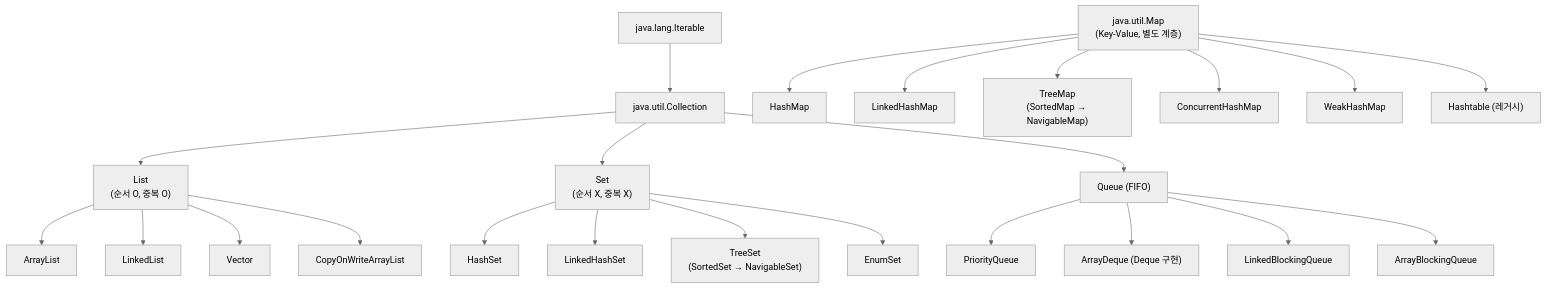
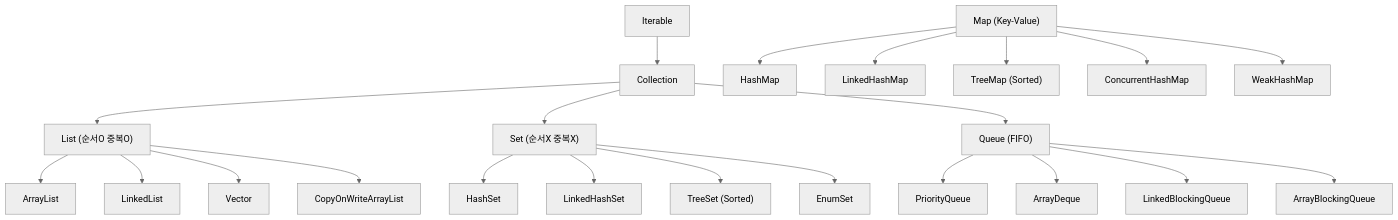
The first of 21 diagrams in _posts/java/2026-05-01-java-collections.md (yjkim2015/yjkim2015.github.io), drawn with Mermaid (neutral theme) before and after one commit. The commit also changed other lines of this file and 215 other files, not shown here.

First line of the commit message:
신규 포스트 10개 추가 + Mermaid 전면 축소 + SystemDesign 시리즈 보강

````diff
--- a/_posts/java/2026-05-01-java-collections.md
+++ b/_posts/java/2026-05-01-java-collections.md
@@ -22,58 +22,11 @@
 ```mermaid
 graph TD
-    Iterable["java.lang.Iterable"]
-    Collection["java.util.Collection"]
-    List["List<br>(순서 O, 중복 O)"]
-    Set["Set<br>(순서 X, 중복 X)"]
-    Queue["Queue (FIFO)"]
-    Map["java.util.Map<br>(Key-Value, 별도 계층)"]
-
-    ArrayList["ArrayList"]
-    LinkedList["LinkedList"]
-    Vector["Vector"]
-    COWAL["CopyOnWriteArrayList"]
-
-    HashSet["HashSet"]
-    LinkedHashSet["LinkedHashSet"]
-    TreeSet["TreeSet<br>(SortedSet → NavigableSet)"]
-    EnumSet["EnumSet"]
-
-    PriorityQueue["PriorityQueue"]
-    ArrayDeque["ArrayDeque (Deque 구현)"]
-    LinkedBlockingQueue["LinkedBlockingQueue"]
-    ArrayBlockingQueue["ArrayBlockingQueue"]
-
-    HashMap["HashMap"]
-    LinkedHashMap["LinkedHashMap"]
-    TreeMap["TreeMap<br>(SortedMap → NavigableMap)"]
-    ConcurrentHashMap["ConcurrentHashMap"]
-    WeakHashMap["WeakHashMap"]
-    Hashtable["Hashtable (레거시)"]
-
     Iterable --> Collection
-    Collection --> List
-    Collection --> Set
-    Collection --> Queue
-
-    List --> ArrayList
-    List --> LinkedList
-    List --> Vector
-    List --> COWAL
-
-    Set --> HashSet
-    Set --> LinkedHashSet
-    Set --> TreeSet
-    Set --> EnumSet
-
-    Queue --> PriorityQueue
-    Queue --> ArrayDeque
-    Queue --> LinkedBlockingQueue
-    Queue --> ArrayBlockingQueue
-
-    Map --> HashMap
-    Map --> LinkedHashMap
-    Map --> TreeMap
-    Map --> ConcurrentHashMap
-    Map --> WeakHashMap
-    Map --> Hashtable
+    Collection --> List["List (순서O 중복O)"]
+    Collection --> Set["Set (순서X 중복X)"]
+    Collection --> Queue["Queue (FIFO)"]
+    List --> ArrayList & LinkedList & Vector & COWAL["CopyOnWriteArrayList"]
+    Set --> HashSet & LinkedHashSet & TreeSet["TreeSet (Sorted)"] & EnumSet
+    Queue --> PriorityQueue & ArrayDeque & LinkedBlockingQueue & ArrayBlockingQueue
+    Map["Map (Key-Value)"] --> HashMap & LinkedHashMap & TreeMap["TreeMap (Sorted)"] & ConcurrentHashMap & WeakHashMap
 ```
````
